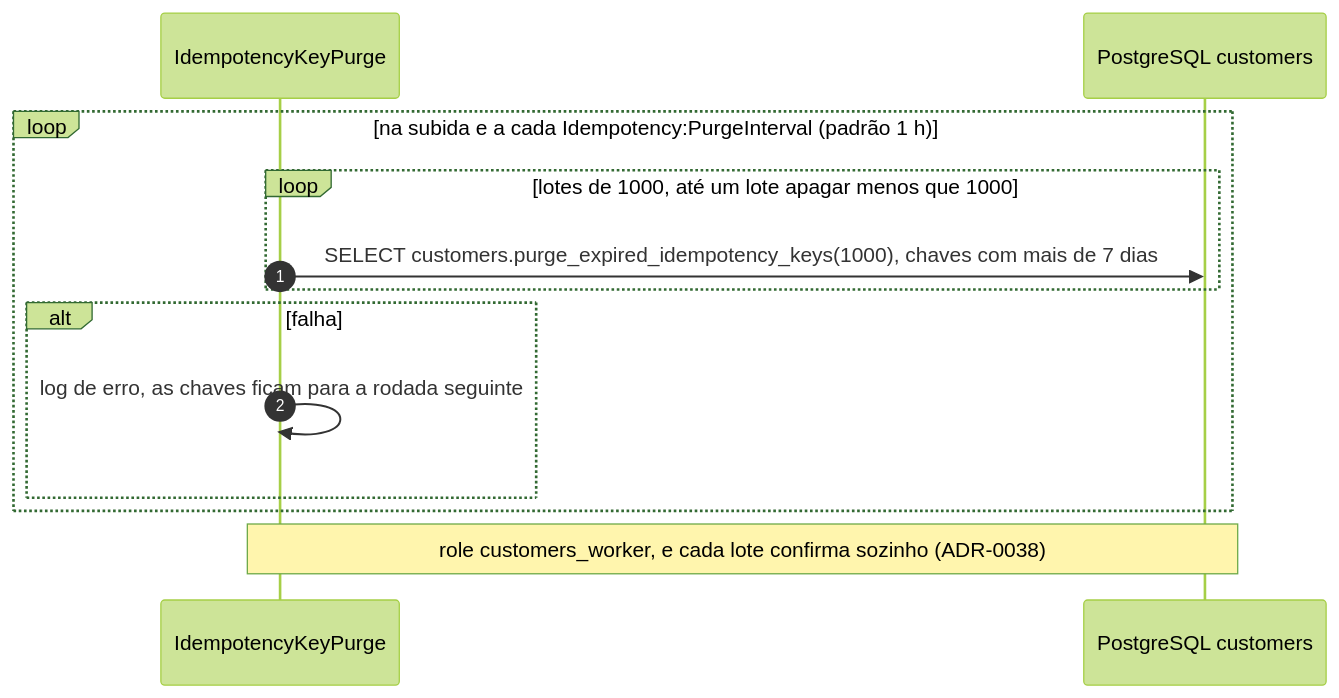
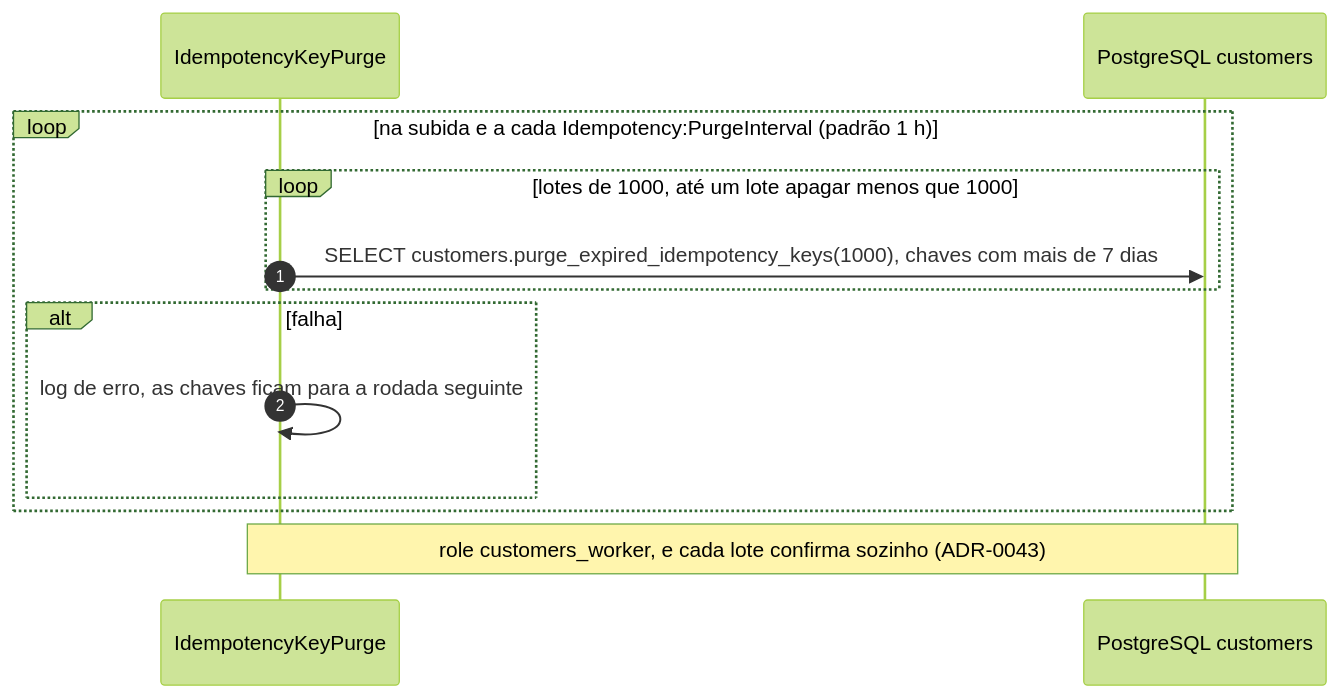
One commit to arthuurw/desafio-arquiteto-keyrus changed the fifth of 5 diagrams in docs/arquitetura/fluxos-customers.md. Above: the diagram before and after it, drawn with Mermaid (forest theme). The commit also changed other lines of this file and 48 other files, not shown here.

````diff
--- a/docs/arquitetura/fluxos-customers.md
+++ b/docs/arquitetura/fluxos-customers.md
@@ -240,16 +240,16 @@
 ```mermaid
 sequenceDiagram
   autonumber
   participant P as IdempotencyKeyPurge
   participant DB as PostgreSQL customers
 
   loop na subida e a cada Idempotency:PurgeInterval (padrão 1 h)
     loop lotes de 1000, até um lote apagar menos que 1000
       P->>DB: SELECT customers.purge_expired_idempotency_keys(1000), chaves com mais de 7 dias
     end
     alt falha
       P->>P: log de erro, as chaves ficam para a rodada seguinte
     end
   end
-  Note over P,DB: role customers_worker, e cada lote confirma sozinho (ADR-0038)
+  Note over P,DB: role customers_worker, e cada lote confirma sozinho (ADR-0043)
 ```
````
